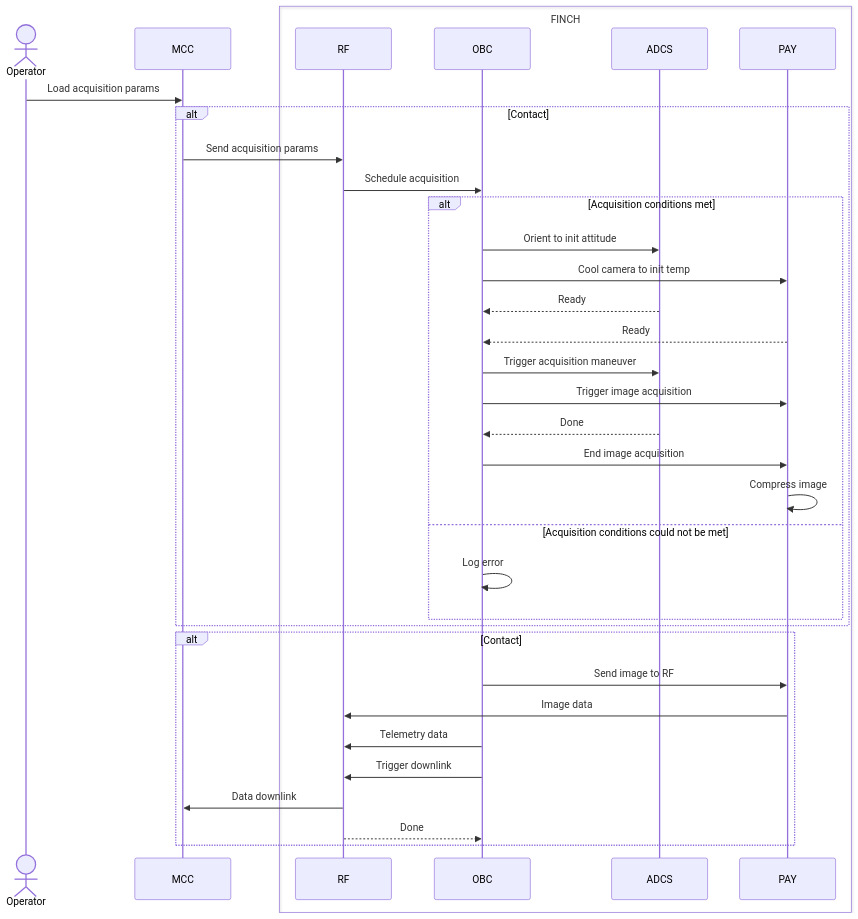
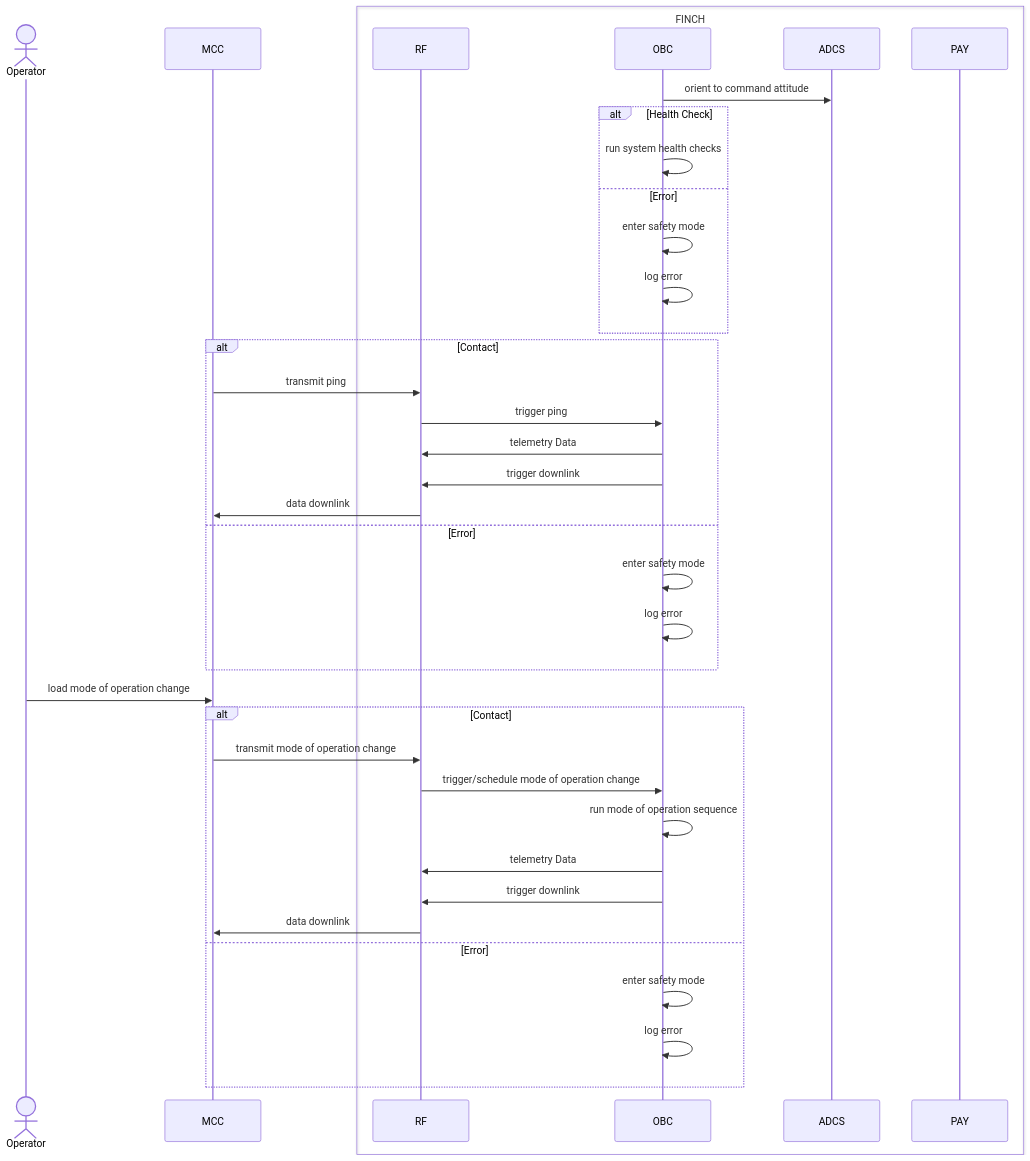
The diagram in command sequences/command-command.md (utat-ss/FINCH-sequence-diagrams), drawn with Mermaid before and after one commit.

````diff
--- a/command sequences/command-command.md
+++ b/command sequences/command-command.md
@@ -2,48 +2,56 @@
 ```mermaid
 sequenceDiagram
     Actor Operator
     participant MCC
     box FINCH
         participant RF
         participant OBC
         participant ADCS
         participant PAY
     end
 
-    Operator->>MCC: Load acquisition params
-    alt Contact
-        MCC->>RF: Send acquisition params
+    OBC->>ADCS: orient to command attitude
 
-        RF->>OBC: Schedule acquisition
+alt Health Check
+    OBC->>OBC: run system health checks
+else Error
+    OBC->>OBC: enter safety mode
+    OBC->>OBC: log error
+end
 
-        alt Acquisition conditions met
-            OBC->>ADCS: Orient to init attitude
-            OBC->>PAY: Cool camera to init temp
-            ADCS-->>OBC: Ready
-            PAY-->>OBC: Ready
+alt Contact
 
-            OBC->>ADCS: Trigger acquisition maneuver
-            OBC->>PAY: Trigger image acquisition
-            ADCS-->>OBC: Done
-            OBC->>PAY: End image acquisition
-            PAY->>PAY: Compress image
+    MCC->>RF: transmit ping
+    RF->>OBC: trigger ping
 
+    OBC->>RF: telemetry Data
+    OBC->>RF: trigger downlink
+    RF->>MCC: data downlink
 
-        else Acquisition conditions could not be met
-            OBC->>OBC: Log error
+else Error
+    OBC->>OBC: enter safety mode
+    OBC->>OBC: log error
 
-        end
-    end
+end
 
-    alt Contact
-        OBC->>PAY: Send image to RF
-        PAY->>RF: Image data
-        OBC->>RF: Telemetry data
-        OBC->>RF: Trigger downlink
-        RF->>MCC: Data downlink
-        RF-->>OBC: Done
-    end
+    Operator->>MCC: load mode of operation change
 
+alt Contact
+    MCC->>RF: transmit mode of operation change
+    RF->>OBC: trigger/schedule mode of operation change
+    OBC->>OBC: run mode of operation sequence
+
+    OBC->>RF: telemetry Data
+    OBC->>RF: trigger downlink
+    RF->>MCC: data downlink
+
+else Error
+    OBC->>OBC: enter safety mode
+    OBC->>OBC: log error
+
+end
+
+ 
     
 
 ```
````
